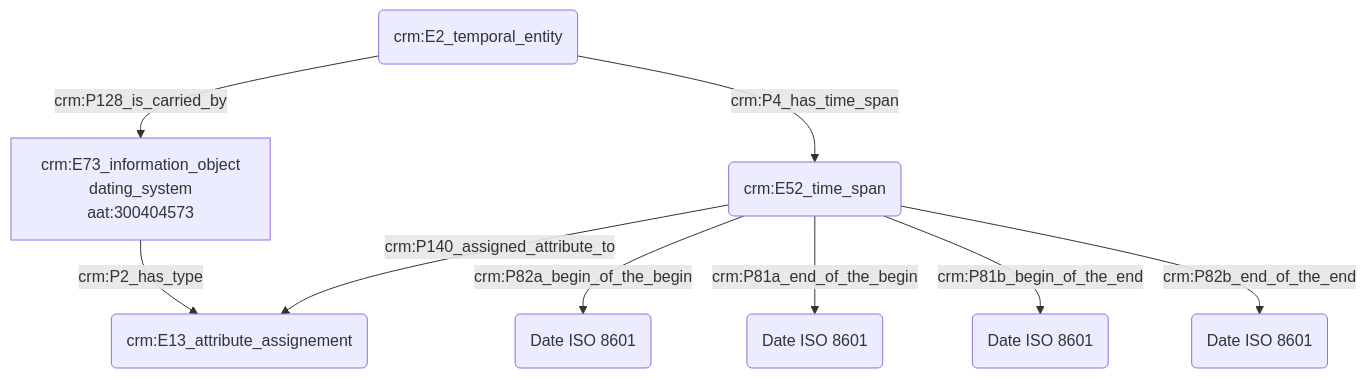
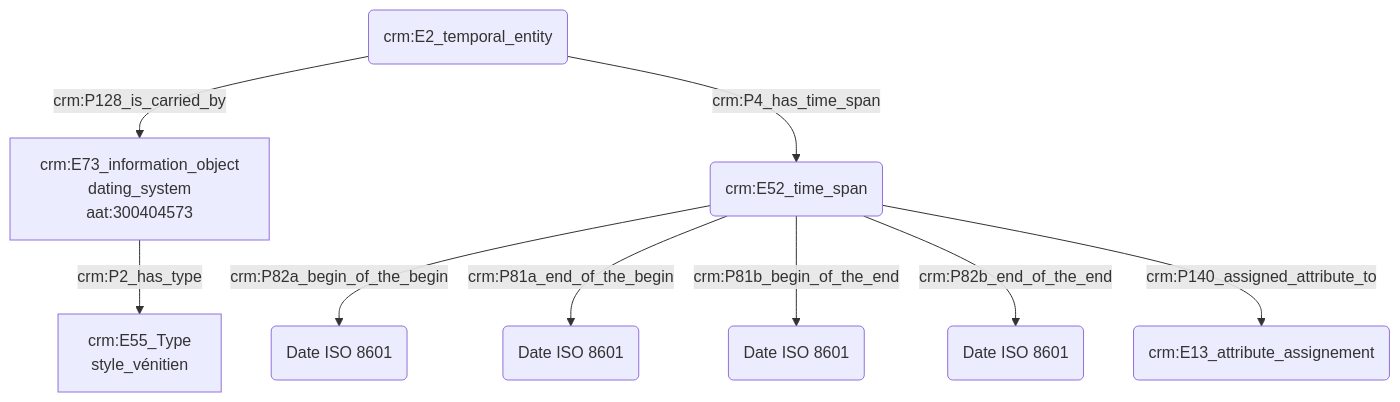
One commit to Amleth/consortium-musica2-gt2-ontologies changed the diagram in modules/livrables/Dossier 2/Datation/expression d'une date initialement présentée dans un autre référentiel calendaire.md. Above: the diagram before and after it, drawn with Mermaid.

Commit message:
Update expression d'une date initialement présentée dans un autre référentiel calendaire.md

````diff
--- a/modules/livrables/Dossier 2/Datation/expression d'une date initialement présentée dans un autre référentiel calendaire.md
+++ b/modules/livrables/Dossier 2/Datation/expression d'une date initialement présentée dans un autre référentiel calendaire.md
@@ -15,12 +15,12 @@
 ```mermaid
 graph TD;
 
 A(crm:E2_temporal_entity) --> |crm:P128_is_carried_by| G[crm:E73_information_object<br>dating_system<br>aat:300404573]
 G[crm:E73_information_object<br>dating_system<br>aat:300404573] --> |crm:P2_has_type| H[crm:E55_Type<br>style_vénitien]
 A(crm:E2_temporal_entity) --> |crm:P4_has_time_span| B(crm:E52_time_span)
 B(crm:E52_time_span) --> |crm:P82a_begin_of_the_begin| C("Date ISO 8601")
 B(crm:E52_time_span) --> |crm:P81a_end_of_the_begin| D("Date ISO 8601")
 B(crm:E52_time_span) --> |crm:P81b_begin_of_the_end| E("Date ISO 8601")
 B(crm:E52_time_span) --> |crm:P82b_end_of_the_end| F("Date ISO 8601")
-B(crm:E52_time_span) --> |crm:P140_assigned_attribute_to| H(crm:E13_attribute_assignement)
+B(crm:E52_time_span) --> |crm:P140_assigned_attribute_to| I(crm:E13_attribute_assignement)
 ```
````
